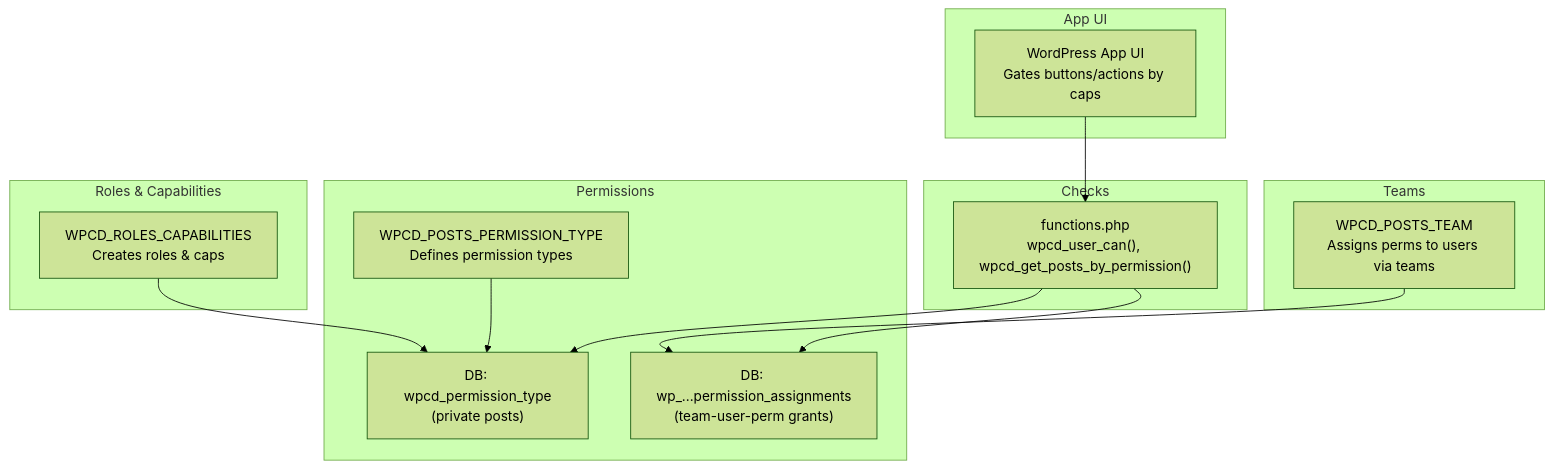
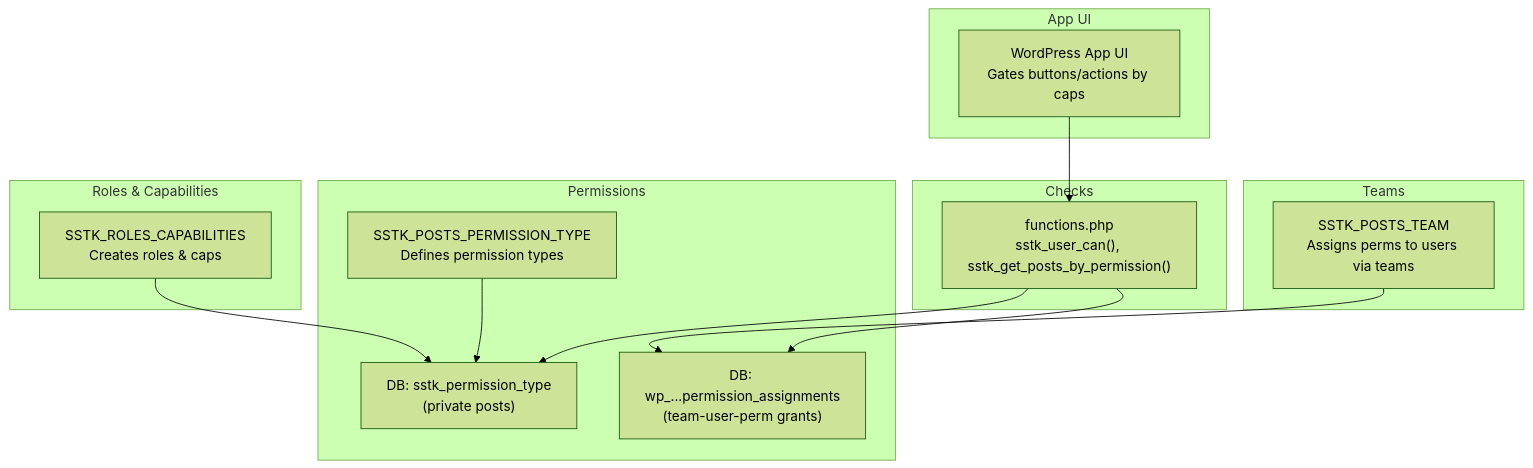
The first of 8 diagrams in .qoder/repowiki/en/content/Security & Authentication/Authorization Controls.md (onedogsolutions/simple-stack), drawn with Mermaid (forest theme) before and after one commit. The commit also changed other lines of this file and 5941 other files, not shown here.

````diff
--- a/.qoder/repowiki/en/content/Security & Authentication/Authorization Controls.md
+++ b/.qoder/repowiki/en/content/Security & Authentication/Authorization Controls.md
@@ -34,26 +34,26 @@
 ```mermaid
 graph TB
 subgraph "Roles & Capabilities"
-RC["WPCD_ROLES_CAPABILITIES<br/>Creates roles & caps"]
+RC["SSTK_ROLES_CAPABILITIES<br/>Creates roles & caps"]
 end
 subgraph "Permissions"
-PT["WPCD_POSTS_PERMISSION_TYPE<br/>Defines permission types"]
-DB_PT["DB: wpcd_permission_type<br/>(private posts)"]
+PT["SSTK_POSTS_PERMISSION_TYPE<br/>Defines permission types"]
+DB_PT["DB: sstk_permission_type<br/>(private posts)"]
 DB_PA["DB: wp_...permission_assignments<br/>(team-user-perm grants)"]
 end
 subgraph "Teams"
-TM["WPCD_POSTS_TEAM<br/>Assigns perms to users via teams"]
+TM["SSTK_POSTS_TEAM<br/>Assigns perms to users via teams"]
 end
 subgraph "Checks"
-FN["functions.php<br/>wpcd_user_can(), wpcd_get_posts_by_permission()"]
+FN["functions.php<br/>sstk_user_can(), sstk_get_posts_by_permission()"]
 end
 subgraph "App UI"
 APP["WordPress App UI<br/>Gates buttons/actions by caps"]
 end
 RC --> DB_PT
 PT --> DB_PT
 TM --> DB_PA
 FN --> DB_PT
 FN --> DB_PA
 APP --> FN
 ```
````
